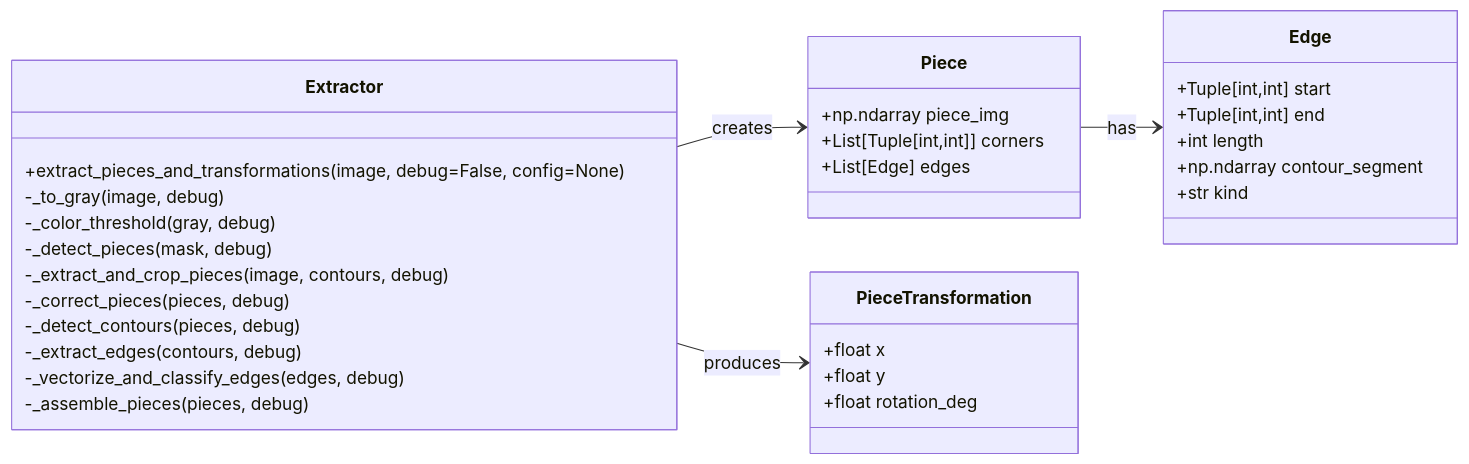
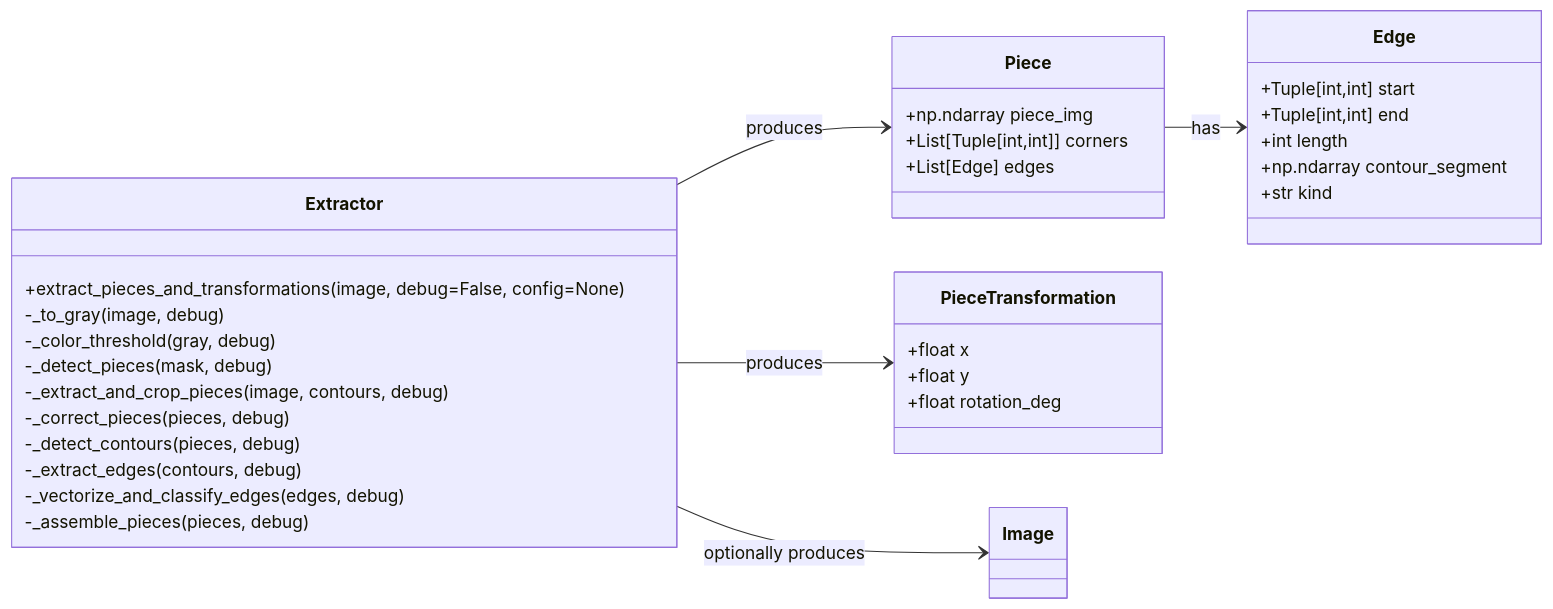
One commit to Mcapozzolo/PuzzleSimulator changed the first of 2 diagrams in API_SPEC_EXTRACTOR.md. Above: the diagram before and after it, drawn with Mermaid.

Commit message:
Update class diagram

````diff
--- a/API_SPEC_EXTRACTOR.md
+++ b/API_SPEC_EXTRACTOR.md
@@ -112,41 +112,44 @@
 ```mermaid
 classDiagram
     direction LR
 
     class Piece {
         +np.ndarray piece_img
         +List[Tuple[int,int]] corners
         +List[Edge] edges
     }
 
     class Edge {
         +Tuple[int,int] start
         +Tuple[int,int] end
         +int length
         +np.ndarray contour_segment
         +str kind
     }
 
     class PieceTransformation {
         +float x
         +float y
         +float rotation_deg
     }
 
+    class Image {}
+
     class Extractor {
         +extract_pieces_and_transformations(image, debug=False, config=None)
         -_to_gray(image, debug)
         -_color_threshold(gray, debug)
         -_detect_pieces(mask, debug)
         -_extract_and_crop_pieces(image, contours, debug)
         -_correct_pieces(pieces, debug)
         -_detect_contours(pieces, debug)
         -_extract_edges(contours, debug)
         -_vectorize_and_classify_edges(edges, debug)
         -_assemble_pieces(pieces, debug)
     }
 
-    Extractor --> Piece : creates
+    Extractor --> Piece : produces
     Piece --> Edge : has
     Extractor --> PieceTransformation : produces
+    Extractor --> Image : optionally produces
 ```
````
